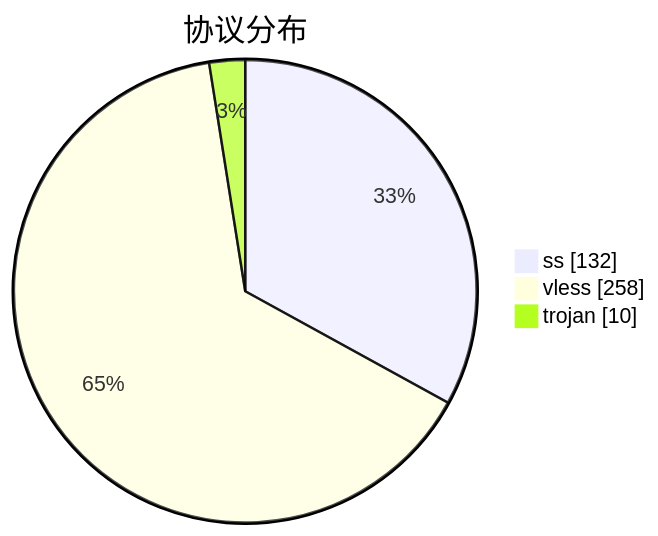
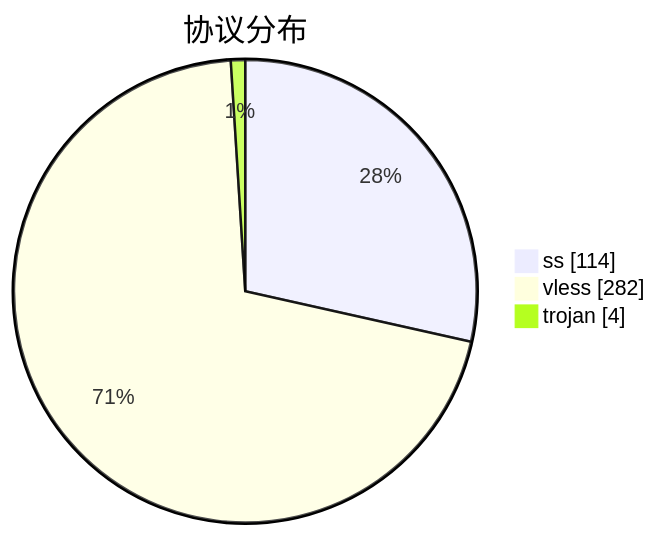
The third of 3 diagrams in subs/statistics/tested_within.md (qjlxg/airport), drawn with Mermaid before and after one commit. The commit also changed other lines of this file and 2 other files, not shown here.

````diff
--- a/subs/statistics/tested_within.md
+++ b/subs/statistics/tested_within.md
@@ -36,7 +36,7 @@
 ```mermaid
 pie showData
 title 协议分布
-"ss" : 132
-"vless" : 258
-"trojan" : 10
+"ss" : 114
+"vless" : 282
+"trojan" : 4
 ```
````
